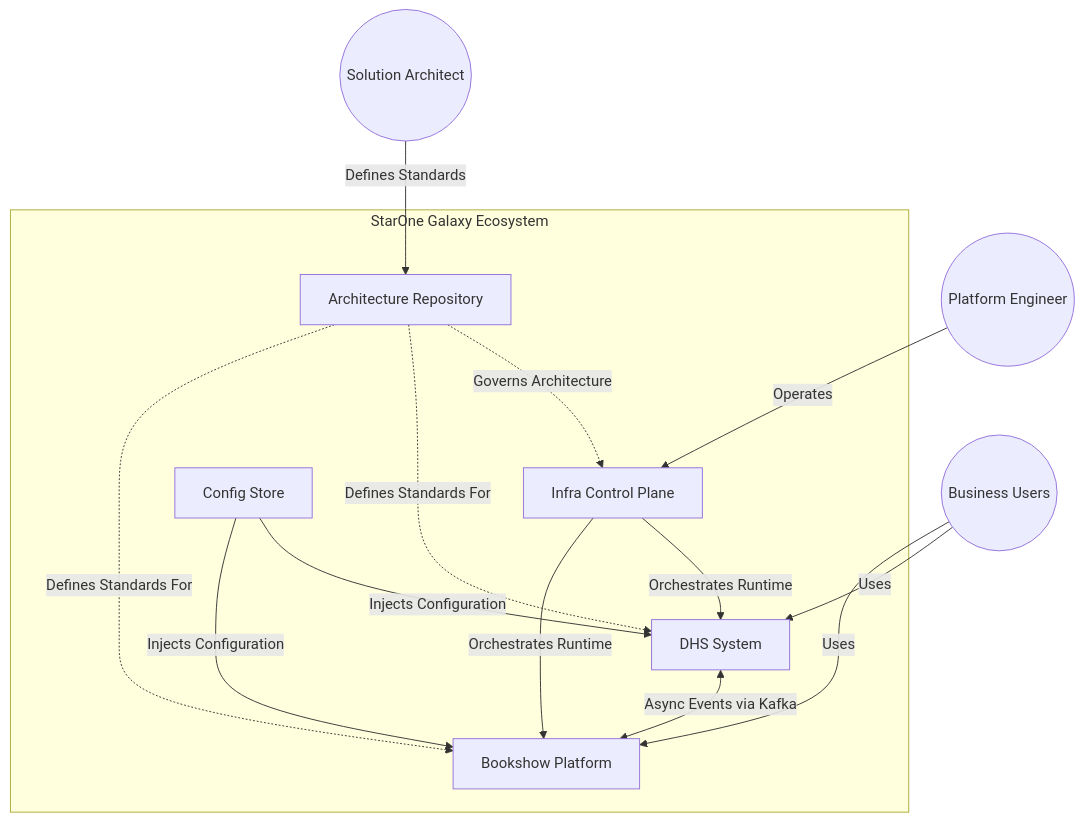
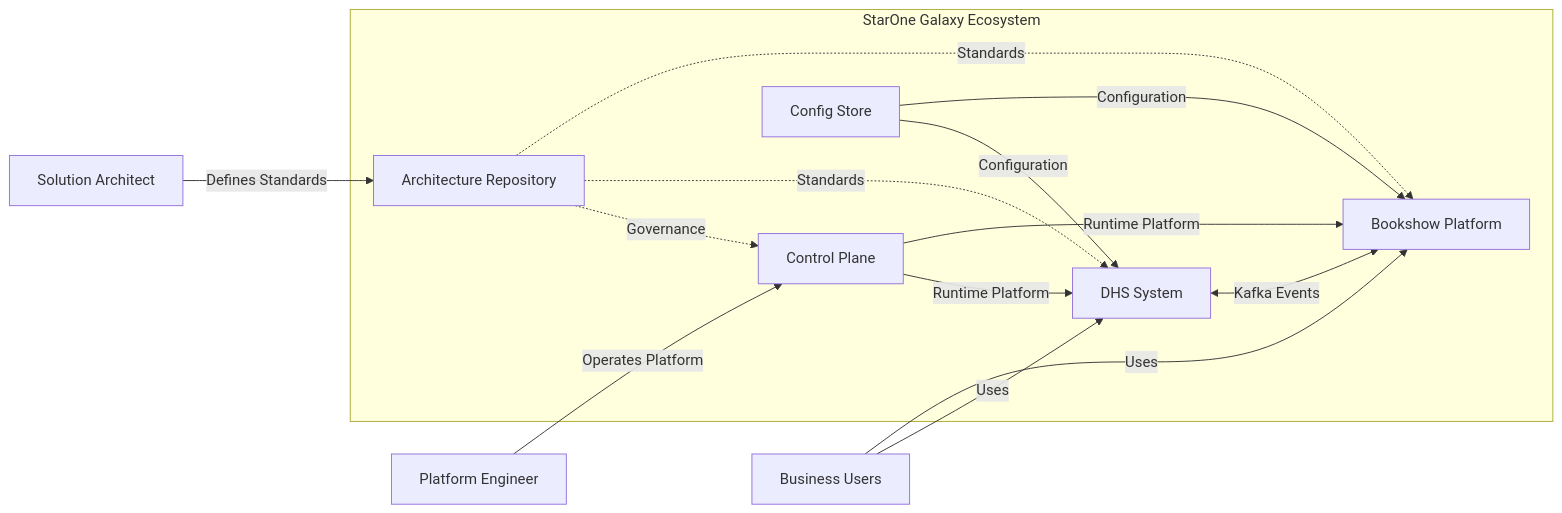
Before and after one commit to STARONE-INFOTECH/starone-galaxy-architecture: the first of 2 diagrams in architecture/c4/C4-001-System-Context.md, drawn with Mermaid. The commit also changed other lines of this file and 1 other file, not shown here.

Commit message:
docs(c4): add system context architecture model (#24)

````diff
--- a/architecture/c4/C4-001-System-Context.md
+++ b/architecture/c4/C4-001-System-Context.md
@@ -85,35 +85,36 @@
 ```mermaid
-flowchart TB
+flowchart LR
 
-Engineer((Platform Engineer))
-Architect((Solution Architect))
-Users((Business Users))
+    Engineer["Platform Engineer"]
+    Architect["Solution Architect"]
+    Users["Business Users"]
 
-subgraph StarOne_Galaxy["StarOne Galaxy Ecosystem"]
-    
-    Arch[Architecture Repository]
-    Infra[Infra Control Plane]
-    Config[Config Store]
-    DHS[DHS System]
-    BK[Bookshow Platform]
+    subgraph StarOneGalaxy["StarOne Galaxy Ecosystem"]
 
-end
+        Arch["Architecture Repository"]
+        Infra["Control Plane"]
+        Config["Config Store"]
 
-Architect -->|Defines Standards| Arch
-Engineer -->|Operates| Infra
+        DHS["DHS System"]
+        Bookshow["Bookshow Platform"]
 
-Arch -.->|Governs Architecture| Infra
-Arch -.->|Defines Standards For| DHS
-Arch -.->|Defines Standards For| BK
+    end
 
-Infra -->|Orchestrates Runtime| DHS
-Infra -->|Orchestrates Runtime| BK
+    Architect -->|Defines Standards| Arch
+    Engineer -->|Operates Platform| Infra
 
-Config -->|Injects Configuration| DHS
-Config -->|Injects Configuration| BK
+    Arch -.->|Governance| Infra
+    Arch -.->|Standards| DHS
+    Arch -.->|Standards| Bookshow
 
-Users -->|Uses| DHS
-Users -->|Uses| BK
+    Infra -->|Runtime Platform| DHS
+    Infra -->|Runtime Platform| Bookshow
 
-DHS <-->|Async Events via Kafka| BK
+    Config -->|Configuration| DHS
+    Config -->|Configuration| Bookshow
+
+    Users -->|Uses| DHS
+    Users -->|Uses| Bookshow
+
+    DHS <-->|Kafka Events| Bookshow
 ```
````
